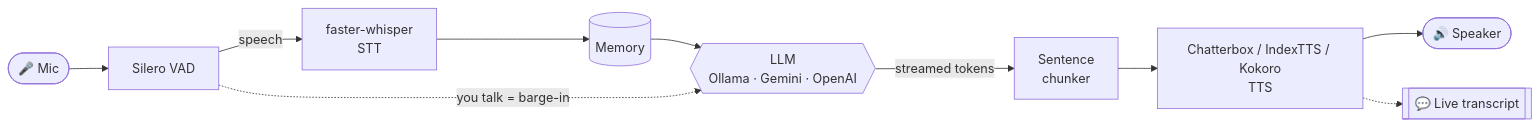
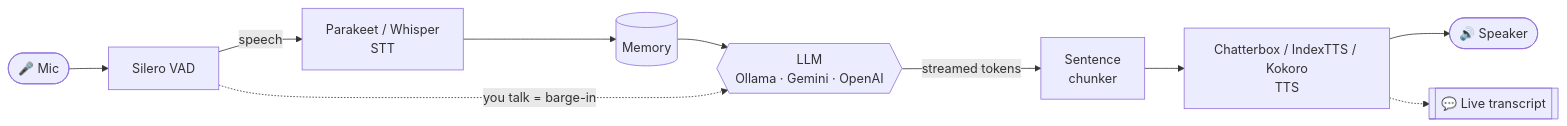
The diagram in README.md (xulqar9/VCB), drawn with Mermaid before and after one commit. The commit also changed other lines of this file and 12 other files, not shown here.

First line of the commit message:
Add Parakeet speech recognition (default for English/European languages)

````diff
--- a/README.md
+++ b/README.md
@@ -157,12 +167,12 @@
 ```mermaid
 flowchart LR
     mic([🎤 Mic]) --> vad[Silero VAD]
-    vad -->|speech| stt[faster-whisper<br/>STT]
+    vad -->|speech| stt[Parakeet / Whisper<br/>STT]
     stt --> mem[(Memory)]
     mem --> llm{{LLM<br/>Ollama · Gemini · OpenAI}}
     llm -->|streamed tokens| chunk[Sentence<br/>chunker]
     chunk --> tts[Chatterbox / IndexTTS / Kokoro<br/>TTS]
     tts --> spk([🔊 Speaker])
     tts -.-> chat[[💬 Live transcript]]
     vad -.->|you talk = barge-in| llm
 ```
````
